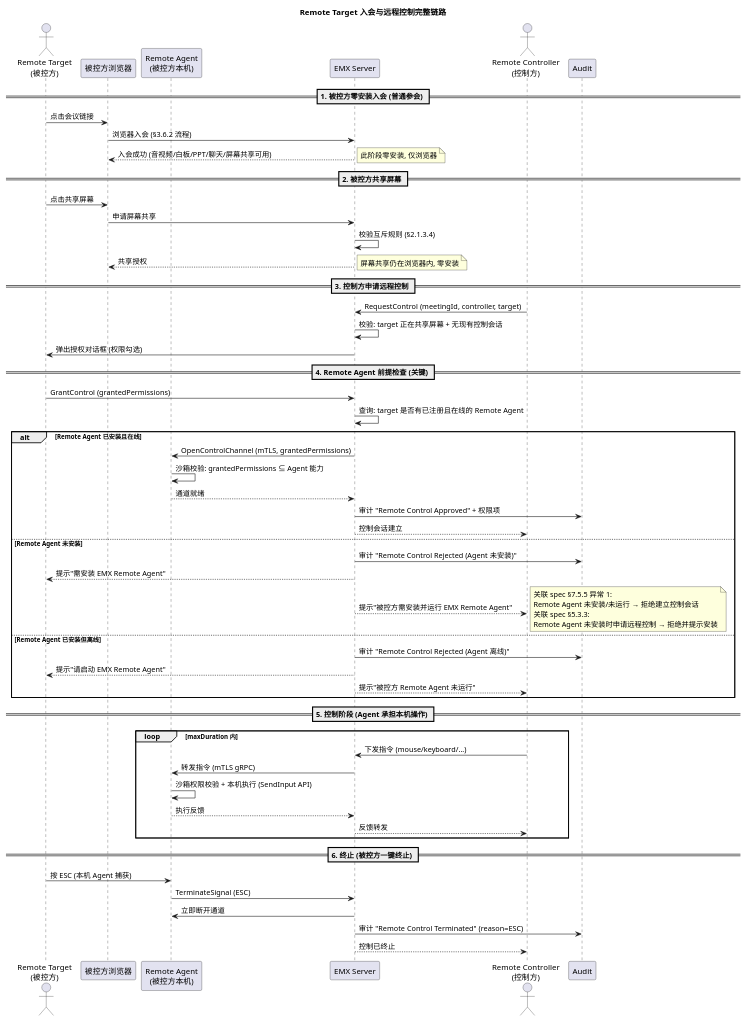
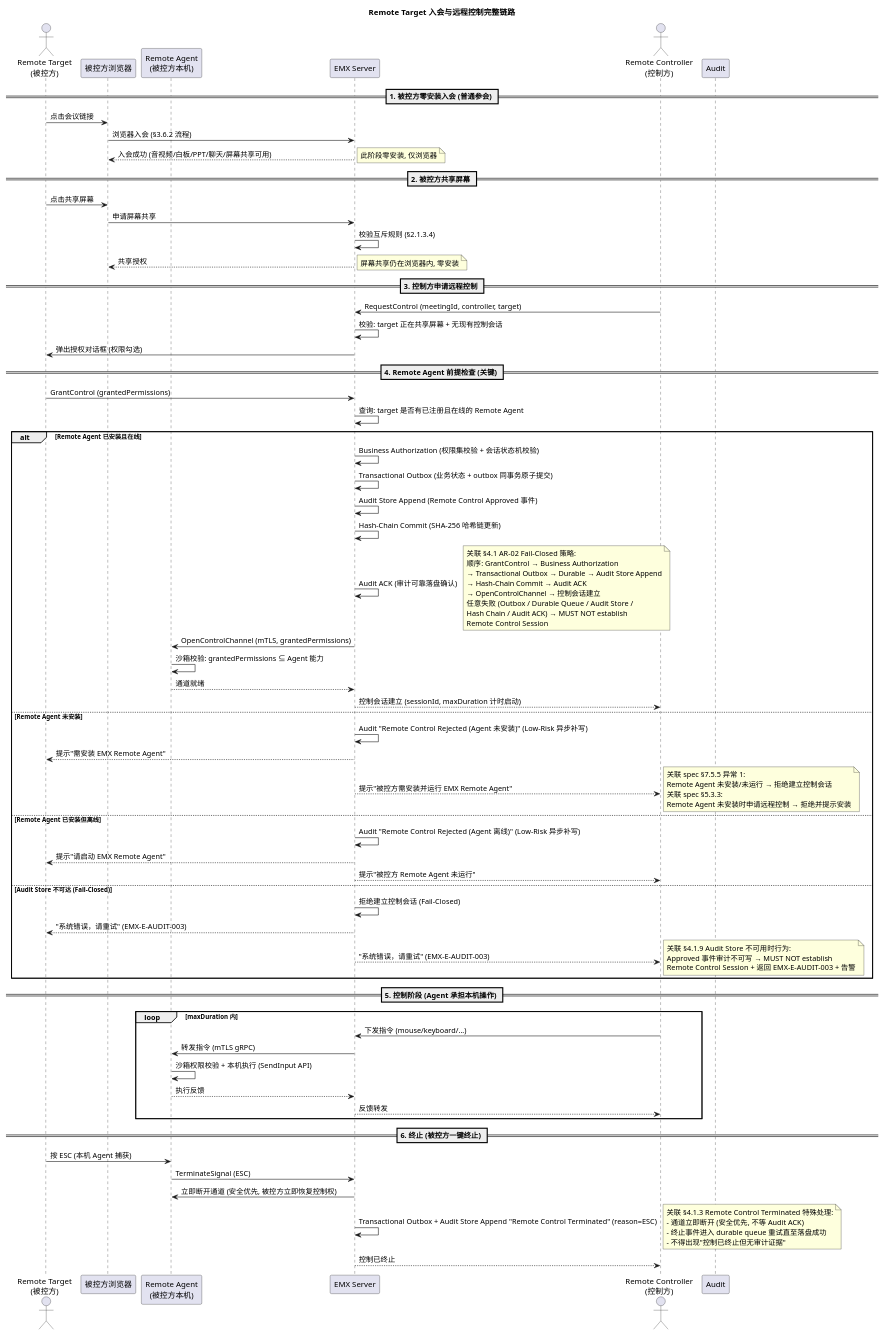
One commit to wujupeng/EMX changed diagram 37 of 60 in .codeartsdoer/specs/emx/design.md. Above: the diagram before and after it, drawn with PlantUML. The commit also changed other lines of this file, not shown here.

First line of the commit message:
EMX-002 v0.5 Final Gap Closure (AR-02 + AR-08)

````diff
--- a/.codeartsdoer/specs/emx/design.md
+++ b/.codeartsdoer/specs/emx/design.md
@@ -3760,13 +3774,27 @@
 T -> S : GrantControl (grantedPermissions)
 S -> S : 查询: target 是否有已注册且在线的 Remote Agent
 alt Remote Agent 已安装且在线
+    S -> S : Business Authorization (权限集校验 + 会话状态机校验)
+    S -> S : Transactional Outbox (业务状态 + outbox 同事务原子提交)
+    S -> S : Audit Store Append (Remote Control Approved 事件)
+    S -> S : Hash-Chain Commit (SHA-256 哈希链更新)
+    S -> S : Audit ACK (审计可靠落盘确认)
+    note right
+      关联 §4.1 AR-02 Fail-Closed 策略:
+      顺序: GrantControl → Business Authorization
+      → Transactional Outbox → Durable → Audit Store Append
+      → Hash-Chain Commit → Audit ACK
+      → OpenControlChannel → 控制会话建立
+      任意失败 (Outbox / Durable Queue / Audit Store /
+      Hash Chain / Audit ACK) → MUST NOT establish
+      Remote Control Session
+    end note
     S -> RA : OpenControlChannel (mTLS, grantedPermissions)
     RA -> RA : 沙箱校验: grantedPermissions ⊆ Agent 能力
     RA --> S : 通道就绪
-    S -> A : 审计 "Remote Control Approved" + 权限项
-    S --> C : 控制会话建立
+    S --> C : 控制会话建立 (sessionId, maxDuration 计时启动)
 else Remote Agent 未安装
-    S -> A : 审计 "Remote Control Rejected (Agent 未安装)"
+    S -> S : Audit "Remote Control Rejected (Agent 未安装)" (Low-Risk 异步补写)
     S --> T : 提示"需安装 EMX Remote Agent"
     S --> C : 提示"被控方需安装并运行 EMX Remote Agent"
     note right
@@ -3776,9 +3804,18 @@
       Remote Agent 未安装时申请远程控制 → 拒绝并提示安装
     end note
 else Remote Agent 已安装但离线
-    S -> A : 审计 "Remote Control Rejected (Agent 离线)"
+    S -> S : Audit "Remote Control Rejected (Agent 离线)" (Low-Risk 异步补写)
     S --> T : 提示"请启动 EMX Remote Agent"
     S --> C : 提示"被控方 Remote Agent 未运行"
+else Audit Store 不可达 (Fail-Closed)
+    S -> S : 拒绝建立控制会话 (Fail-Closed)
+    S --> T : "系统错误，请重试" (EMX-E-AUDIT-003)
+    S --> C : "系统错误，请重试" (EMX-E-AUDIT-003)
+    note right
+      关联 §4.1.9 Audit Store 不可用时行为:
+      Approved 事件审计不可写 → MUST NOT establish
+      Remote Control Session + 返回 EMX-E-AUDIT-003 + 告警
+    end note
 end
 
 == 5. 控制阶段 (Agent 承担本机操作) ==
@@ -3793,8 +3830,14 @@
 == 6. 终止 (被控方一键终止) ==
 T -> RA : 按 ESC (本机 Agent 捕获)
 RA -> S : TerminateSignal (ESC)
-S -> RA : 立即断开通道
-S -> A : 审计 "Remote Control Terminated" (reason=ESC)
+S -> RA : 立即断开通道 (安全优先, 被控方立即恢复控制权)
+S -> S : Transactional Outbox + Audit Store Append "Remote Control Terminated" (reason=ESC)
+note right
+  关联 §4.1.3 Remote Control Terminated 特殊处理:
+  - 通道立即断开 (安全优先, 不等 Audit ACK)
+  - 终止事件进入 durable queue 重试直至落盘成功
+  - 不得出现"控制已终止但无审计证据"
+end note
 S --> C : 控制已终止
 @enduml
 ```
````
